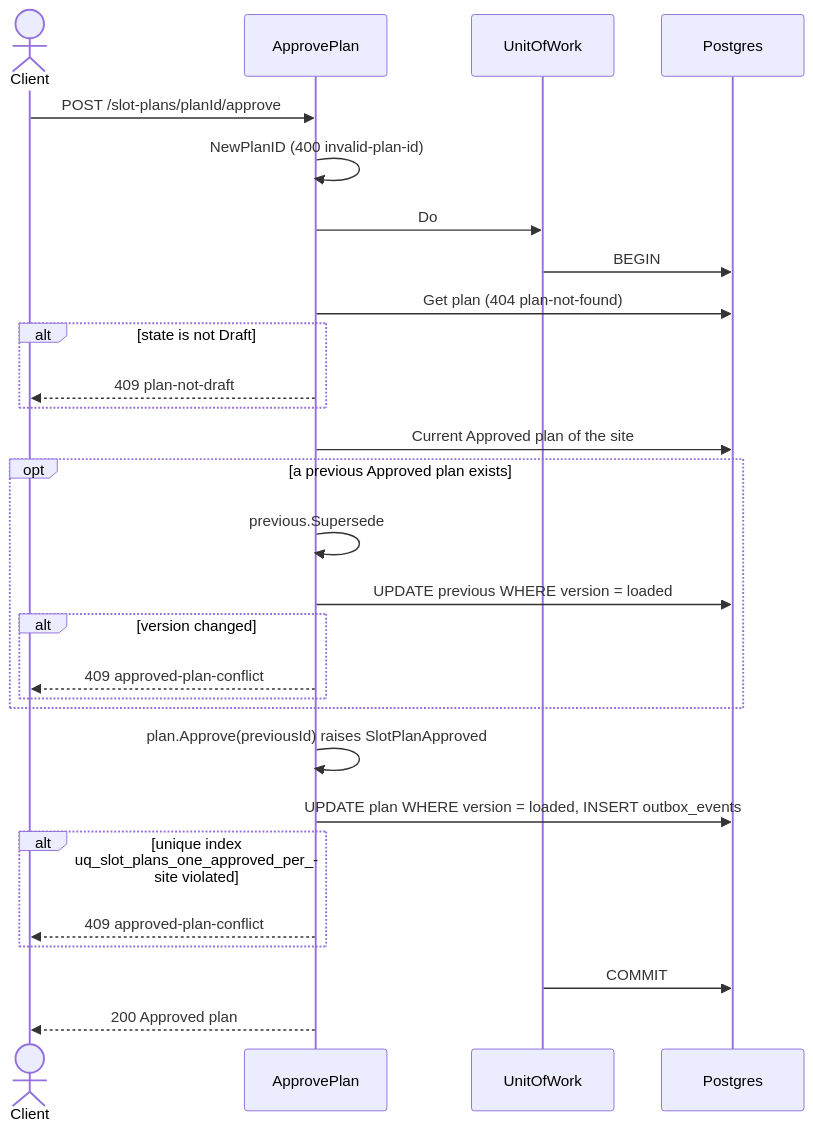
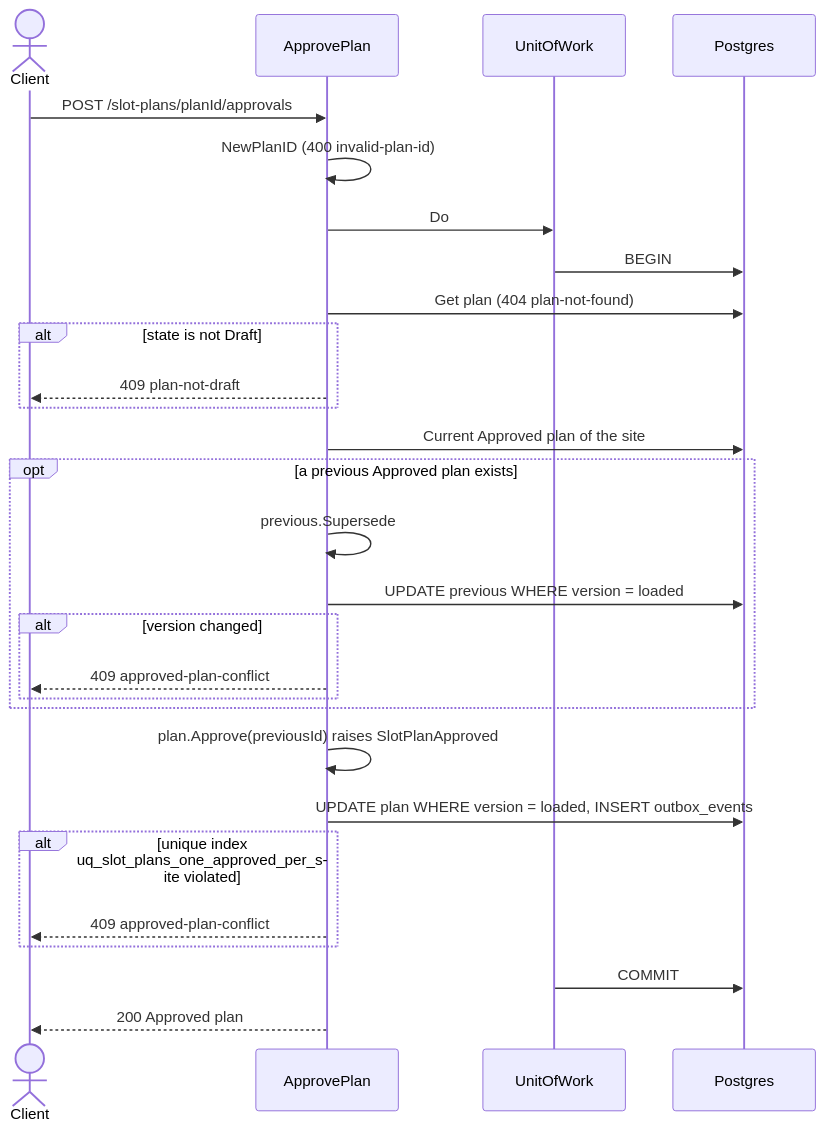
Before and after one commit to IQVO/slotting-optimization: the second of 5 diagrams in docs/docs/ddd/sequence-diagrams.md, drawn with Mermaid. The commit also changed other lines of this file and 41 other files, not shown here.

````diff
--- a/docs/docs/ddd/sequence-diagrams.md
+++ b/docs/docs/ddd/sequence-diagrams.md
@@ -59,30 +59,30 @@
 ```mermaid
 sequenceDiagram
     actor C as Client
     participant A as ApprovePlan
     participant U as UnitOfWork
     participant DB as Postgres
-    C->>A: POST /slot-plans/planId/approve
+    C->>A: POST /slot-plans/planId/approvals
     A->>A: NewPlanID (400 invalid-plan-id)
     A->>U: Do
     U->>DB: BEGIN
     A->>DB: Get plan (404 plan-not-found)
     alt state is not Draft
         A-->>C: 409 plan-not-draft
     end
     A->>DB: Current Approved plan of the site
     opt a previous Approved plan exists
         A->>A: previous.Supersede
         A->>DB: UPDATE previous WHERE version = loaded
         alt version changed
             A-->>C: 409 approved-plan-conflict
         end
     end
     A->>A: plan.Approve(previousId) raises SlotPlanApproved
     A->>DB: UPDATE plan WHERE version = loaded, INSERT outbox_events
     alt unique index uq_slot_plans_one_approved_per_site violated
         A-->>C: 409 approved-plan-conflict
     end
     U->>DB: COMMIT
     A-->>C: 200 Approved plan
 ```
````
